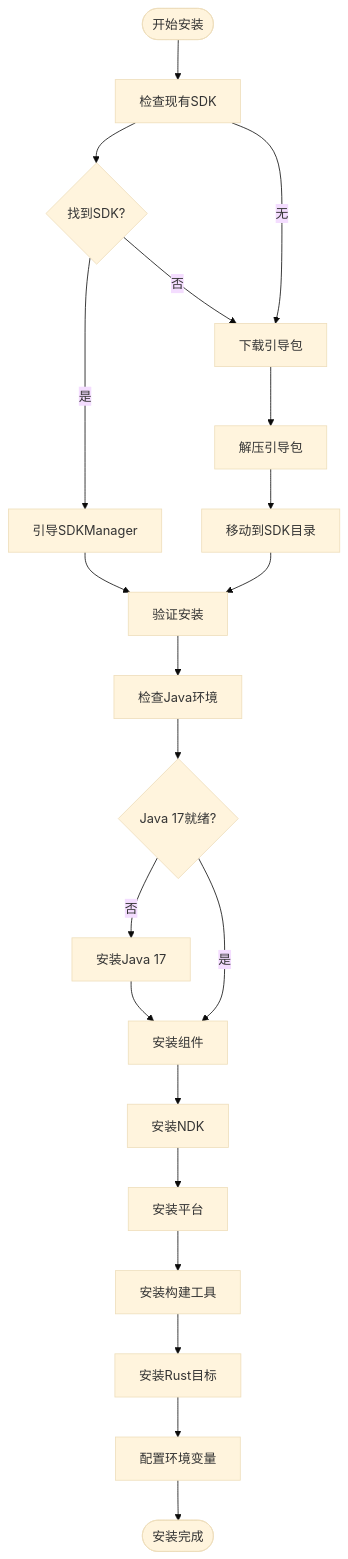
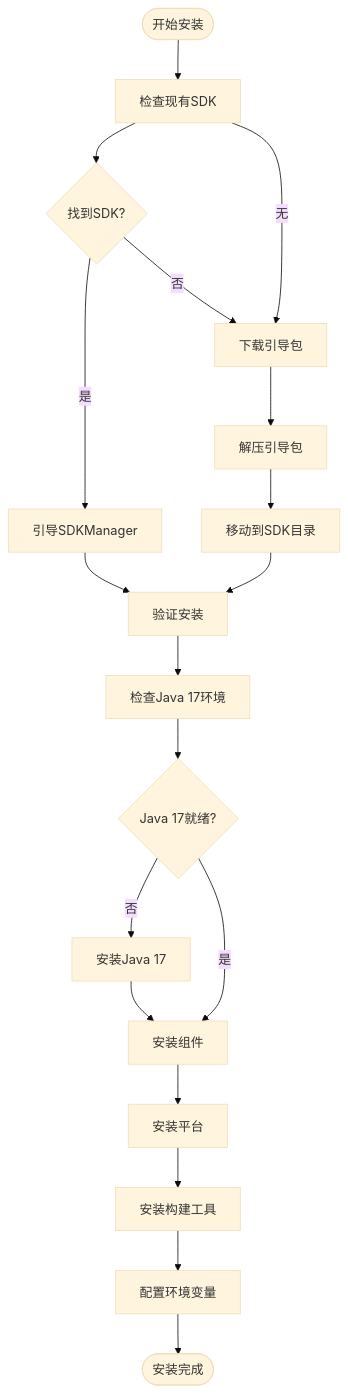
One commit to tea4go/Macro-Deck-Client-App changed the sixth of 8 diagrams in .qoder/repowiki/zh/content/构建与部署/Windows PowerShell自动化.md. Above: the diagram before and after it, drawn with Mermaid (base theme). The commit also changed other lines of this file and 15 other files, not shown here.

````diff
--- a/.qoder/repowiki/zh/content/构建与部署/Windows PowerShell自动化.md
+++ b/.qoder/repowiki/zh/content/构建与部署/Windows PowerShell自动化.md
@@ -440,23 +402,21 @@
 ```mermaid
 flowchart TD
 Start([开始安装]) --> CheckSDK[检查现有SDK]
 CheckSDK --> FoundSDK{找到SDK?}
 FoundSDK --> |是| BootstrapSDK[引导SDKManager]
 FoundSDK --> |否| DownloadBoot[下载引导包]
 DownloadBoot --> ExtractBoot[解压引导包]
 ExtractBoot --> MoveBoot[移动到SDK目录]
 MoveBoot --> VerifyBoot[验证安装]
 BootstrapSDK --> VerifyBoot
-VerifyBoot --> CheckJava[检查Java环境]
+VerifyBoot --> CheckJava[检查Java 17环境]
 CheckJava --> JavaOK{Java 17就绪?}
 JavaOK --> |否| InstallJava[安装Java 17]
 JavaOK --> |是| InstallComponents[安装组件]
 InstallJava --> InstallComponents
-InstallComponents --> InstallNDK[安装NDK]
-InstallNDK --> InstallPlatform[安装平台]
+InstallComponents --> InstallPlatform[安装平台]
 InstallPlatform --> InstallBuildTools[安装构建工具]
-InstallBuildTools --> InstallRustTargets[安装Rust目标]
-InstallRustTargets --> ConfigEnv[配置环境变量]
+InstallBuildTools --> ConfigEnv[配置环境变量]
 ConfigEnv --> Done([安装完成])
 CheckSDK --> |无| DownloadBoot
 ```
````
